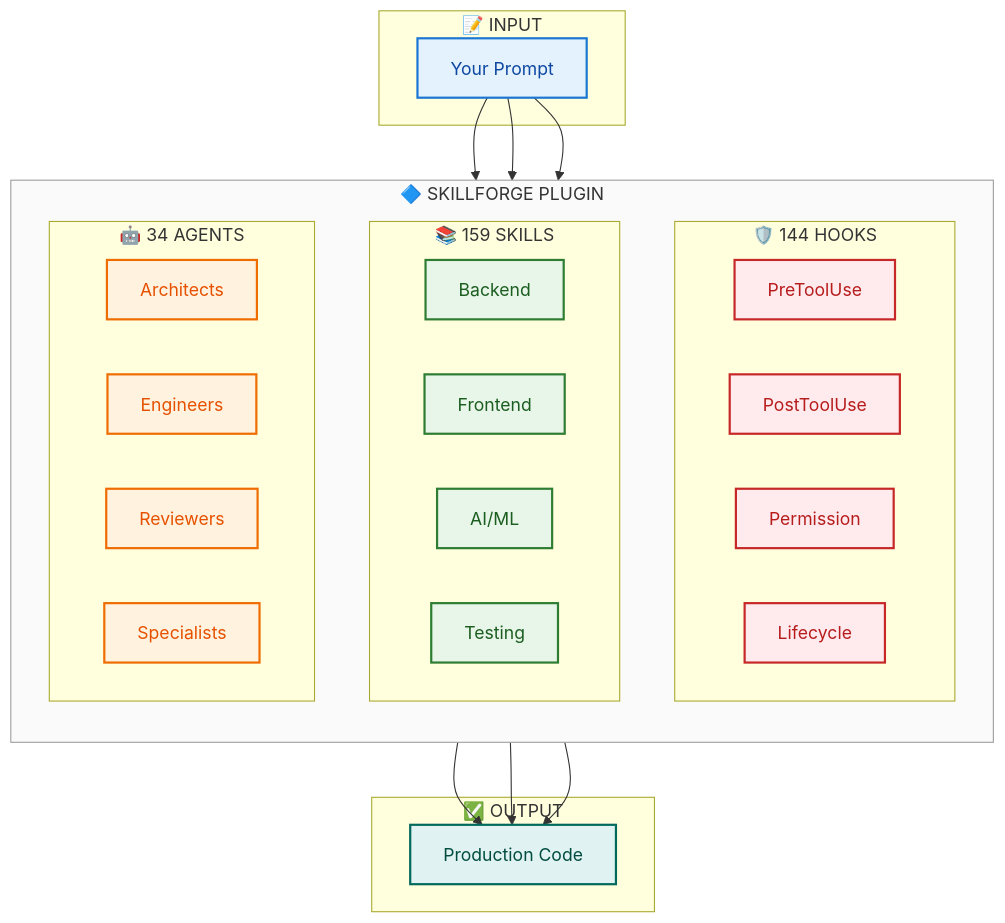
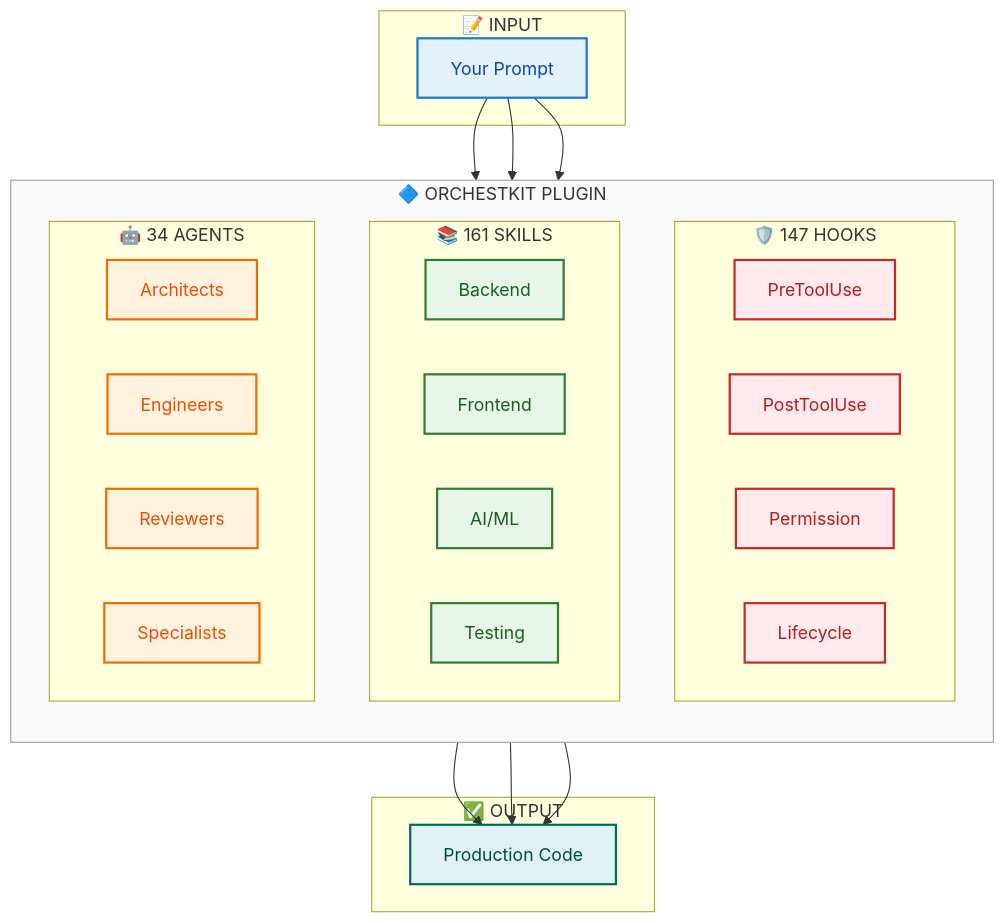
One commit to yonatangross/skillforge-claude-plugin changed the second of 2 diagrams in README.md. Above: the diagram before and after it, drawn with Mermaid. The commit also changed other lines of this file and 1409 other files, not shown here.

````diff
--- a/README.md
+++ b/README.md
@@ -368,59 +463,59 @@
 ```mermaid
 flowchart TB
     subgraph Input["📝 INPUT"]
         P["Your Prompt"]
     end
 
-    subgraph SkillForge["🔷 SKILLFORGE PLUGIN"]
+    subgraph OrchestKit["🔷 ORCHESTKIT PLUGIN"]
         direction TB
 
-        subgraph Hooks["🛡️ 144 HOOKS"]
+        subgraph Hooks["🛡️ 147 HOOKS"]
             direction LR
             H1["PreToolUse"]
             H2["PostToolUse"]
             H3["Permission"]
             H4["Lifecycle"]
         end
 
-        subgraph Skills["📚 159 SKILLS"]
+        subgraph Skills["📚 161 SKILLS"]
             direction LR
             S1["Backend"]
             S2["Frontend"]
             S3["AI/ML"]
             S4["Testing"]
         end
 
         subgraph Agents["🤖 34 AGENTS"]
             direction LR
             A1["Architects"]
             A2["Engineers"]
             A3["Reviewers"]
             A4["Specialists"]
         end
     end
 
     subgraph Output["✅ OUTPUT"]
         C["Production Code"]
     end
 
     P --> Hooks
     P --> Skills
     P --> Agents
     Hooks --> C
     Skills --> C
     Agents --> C
 
     classDef input fill:#e3f2fd,stroke:#1976d2,stroke-width:2px,color:#0d47a1
     classDef hooks fill:#ffebee,stroke:#c62828,stroke-width:2px,color:#b71c1c
     classDef skills fill:#e8f5e9,stroke:#2e7d32,stroke-width:2px,color:#1b5e20
     classDef agents fill:#fff3e0,stroke:#ef6c00,stroke-width:2px,color:#e65100
     classDef output fill:#e0f2f1,stroke:#00695c,stroke-width:2px,color:#004d40
     classDef container fill:#fafafa,stroke:#9e9e9e,stroke-width:1px
 
     class P input
     class H1,H2,H3,H4 hooks
     class S1,S2,S3,S4 skills
     class A1,A2,A3,A4 agents
     class C output
-    class SkillForge container
+    class OrchestKit container
 ```
````
